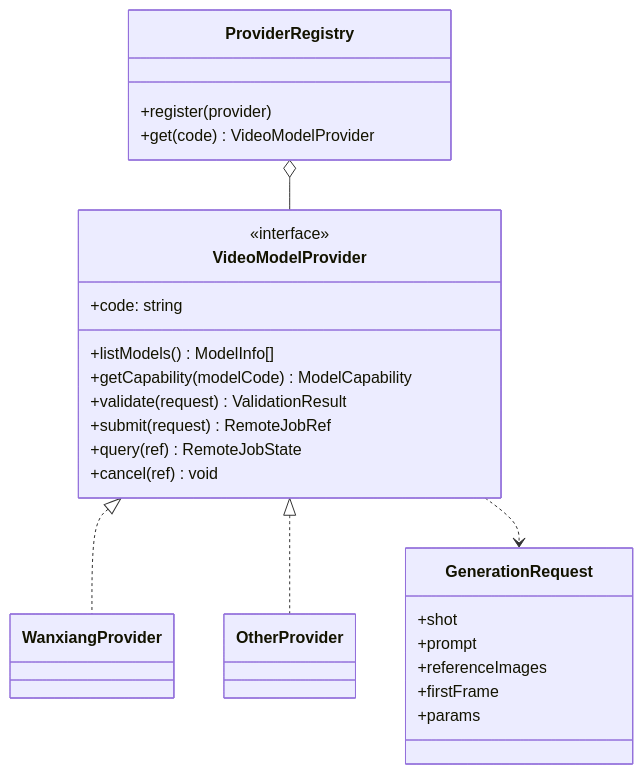
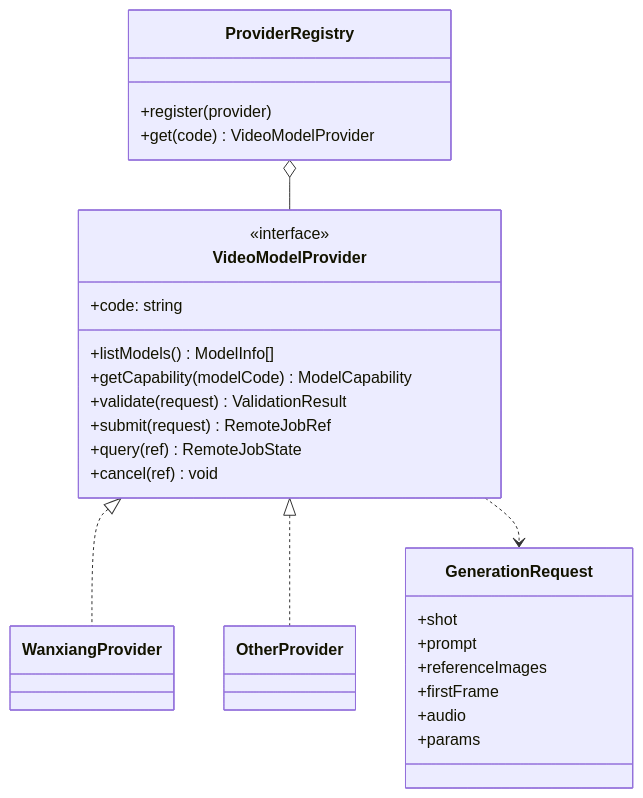
The third of 8 diagrams in doc/ARCHITECTURE.md (sengbin/ai-video-studio), drawn with Mermaid before and after one commit. The commit also changed other lines of this file and 2 other files, not shown here.

````diff
--- a/doc/ARCHITECTURE.md
+++ b/doc/ARCHITECTURE.md
@@ -242,31 +257,32 @@
 ```mermaid
 classDiagram
   class VideoModelProvider {
     <<interface>>
     +code: string
     +listModels() ModelInfo[]
     +getCapability(modelCode) ModelCapability
     +validate(request) ValidationResult
     +submit(request) RemoteJobRef
     +query(ref) RemoteJobState
     +cancel(ref) void
   }
   class ProviderRegistry {
     +register(provider)
     +get(code) VideoModelProvider
   }
   class WanxiangProvider
   class OtherProvider
   class GenerationRequest {
     +shot
     +prompt
     +referenceImages
     +firstFrame
+    +audio
     +params
   }
 
   VideoModelProvider <|.. WanxiangProvider
   VideoModelProvider <|.. OtherProvider
   ProviderRegistry o-- VideoModelProvider
   VideoModelProvider ..> GenerationRequest
 ```
````
